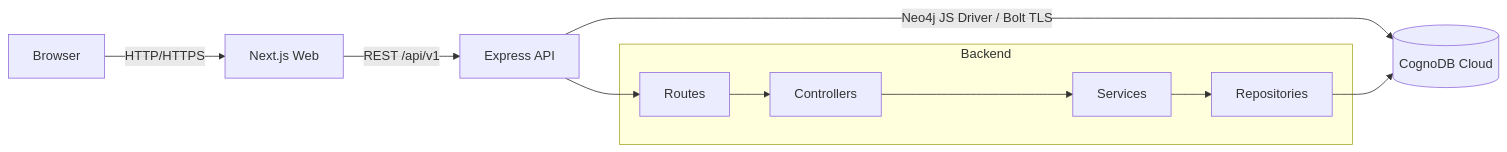
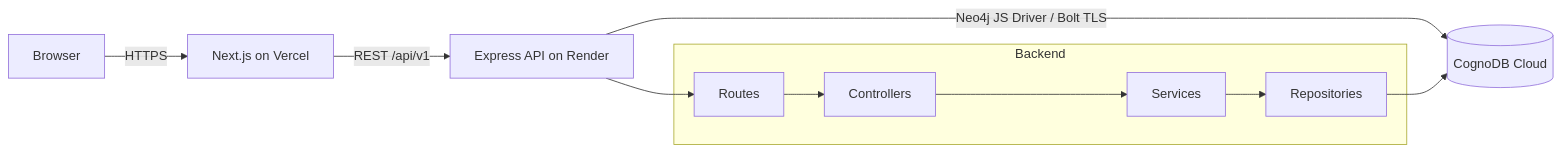
The first of 2 diagrams in README.md (poundsmichaelscode/skillgraph-cognodb), drawn with Mermaid before and after one commit. The commit also changed other lines of this file and 4 other files, not shown here.

````diff
--- a/README.md
+++ b/README.md
@@ -37,12 +45,13 @@
 ```mermaid
 flowchart LR
-    Browser -->|HTTP/HTTPS| Web[Next.js Web]
-    Web -->|REST /api/v1| API[Express API]
+    Browser -->|HTTPS| Web[Next.js on Vercel]
+    Web -->|REST /api/v1| API[Express API on Render]
     API -->|Neo4j JS Driver / Bolt TLS| CognoDB[(CognoDB Cloud)]
 
     subgraph Backend
       Routes --> Controllers --> Services --> Repositories
     end
+
     API --> Routes
     Repositories --> CognoDB
 ```
````
